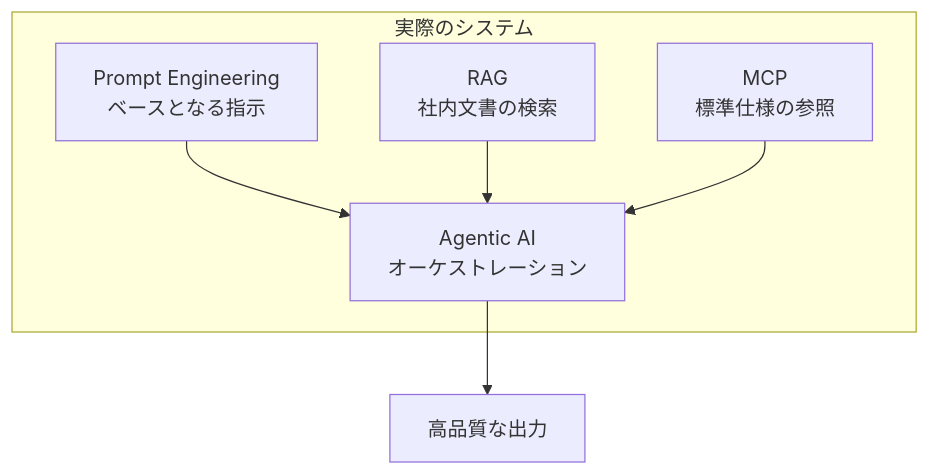
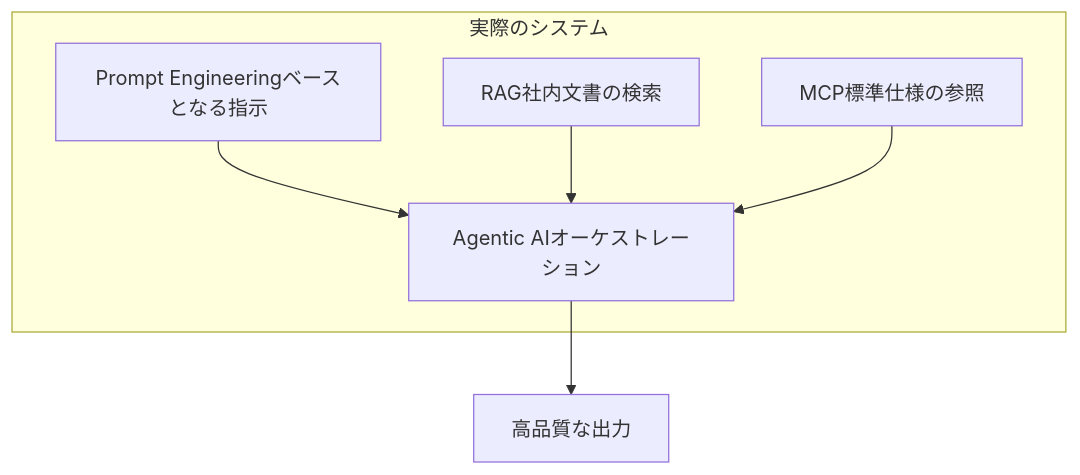
Before and after one commit to shuji-bonji/ai-agent-architecture: the fifth of 10 diagrams in docs/concepts/04-ai-design-patterns.ja.md, drawn with Mermaid. The commit also changed other lines of this file and 16 other files, not shown here.

````diff
--- a/docs/concepts/04-ai-design-patterns.ja.md
+++ b/docs/concepts/04-ai-design-patterns.ja.md
@@ -227,15 +227,15 @@
 ```mermaid
 graph TB
     subgraph 実際のシステム
-        PE[Prompt Engineering\nベースとなる指示]
-        RAG_COMP[RAG\n社内文書の検索]
-        MCP_COMP[MCP\n標準仕様の参照]
-        AGENT[Agentic AI\nオーケストレーション]
+        PE[Prompt Engineering<bn>ベースとなる指示]
+        RAG_COMP[RAG<bn>社内文書の検索]
+        MCP_COMP[MCP<bn>標準仕様の参照]
+        AGENT[Agentic AI<bn>オーケストレーション]
     end
 
     PE --> AGENT
     RAG_COMP --> AGENT
     MCP_COMP --> AGENT
 
     AGENT --> OUTPUT[高品質な出力]
 ```
````
